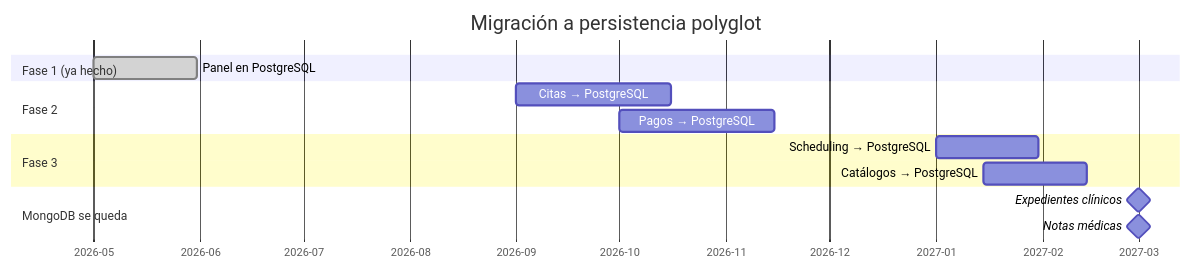
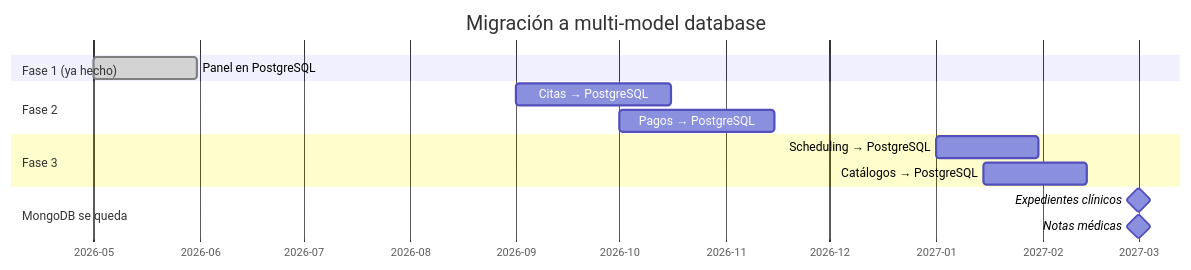
One commit to gmeono94/nua-salud-panel changed diagram 14 of 20 in README.md. Above: the diagram before and after it, drawn with Mermaid. The commit also changed other lines of this file, not shown here.

First line of the commit message:
docs: replace polyglot with multi-model, split cost comparison into two scenarios

````diff
--- a/README.md
+++ b/README.md
@@ -770,21 +770,21 @@
 ```mermaid
 gantt
-    title Migración a persistencia polyglot
+    title Migración a multi-model database
     dateFormat YYYY-MM-DD
     axisFormat %Y-%m
 
     section Fase 1 (ya hecho)
     Panel en PostgreSQL      :done, 2026-05-01, 30d
 
     section Fase 2
     Citas → PostgreSQL       :2026-09-01, 45d
     Pagos → PostgreSQL       :2026-10-01, 45d
 
     section Fase 3
     Scheduling → PostgreSQL  :2027-01-01, 30d
     Catálogos → PostgreSQL   :2027-01-15, 30d
 
     section MongoDB se queda
     Expedientes clínicos     :milestone, 2027-03-01, 0d
     Notas médicas            :milestone, 2027-03-01, 0d
 ```
````
